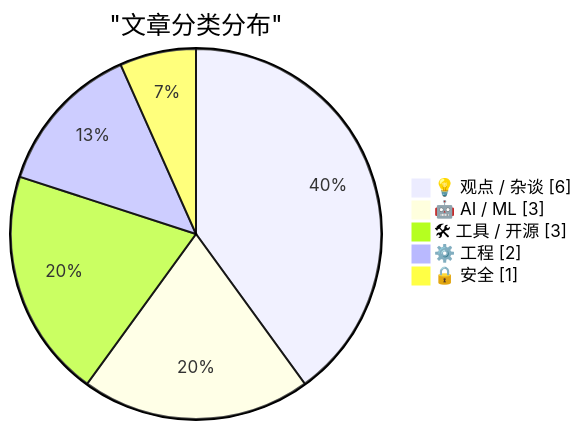
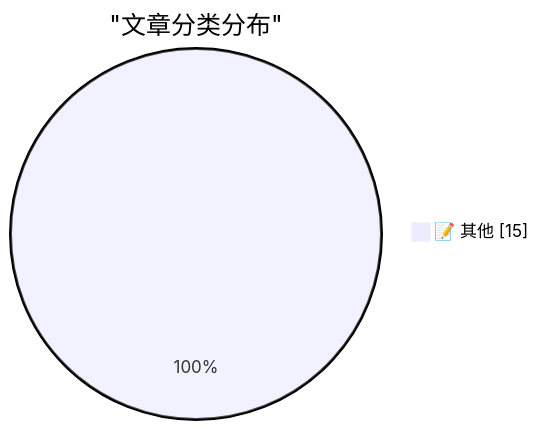
The diagram in reports/digest-20260216.md (CoderDoubleflower/ai-daily-digest), drawn with Mermaid before and after one commit. The commit also changed other lines of this file, not shown here.

````diff
--- a/reports/digest-20260216.md
+++ b/reports/digest-20260216.md
@@ -53,9 +35,5 @@
 ```mermaid
 pie showData
     title "文章分类分布"
-    "💡 观点 / 杂谈" : 6
-    "🤖 AI / ML" : 3
-    "🛠 工具 / 开源" : 3
-    "⚙️ 工程" : 2
-    "🔒 安全" : 1
+    "📝 其他" : 15
 ```
````
